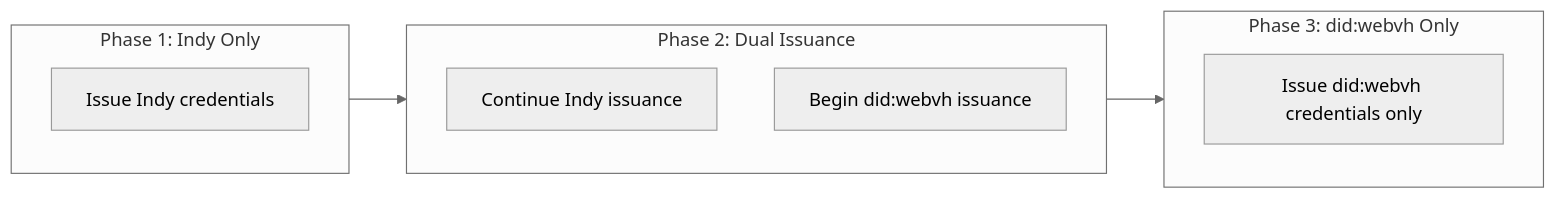
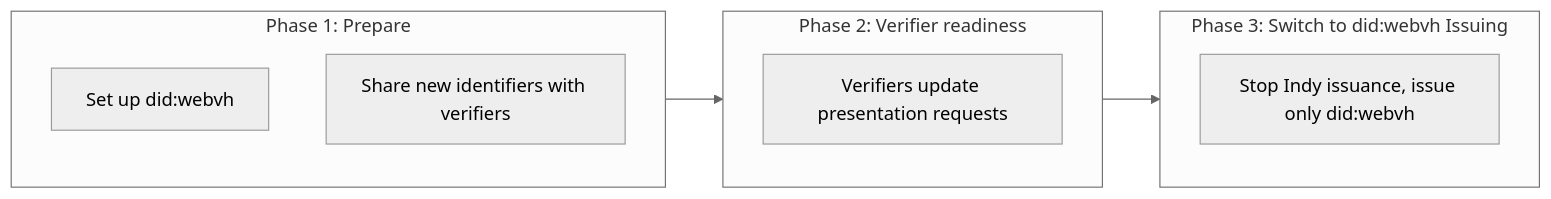
One commit to openwallet-foundation/acapy changed the diagram in docs/deploying/IndyToWebVHMigration.md. Above: the diagram before and after it, drawn with Mermaid (neutral theme). The commit also changed other lines of this file, not shown here.

Commit message:
docs: reframe Indy→webvh migration as planned cutover, add ecosystem assumption and ongoing Indy credential management

````diff
--- a/docs/deploying/IndyToWebVHMigration.md
+++ b/docs/deploying/IndyToWebVHMigration.md
@@ -106,14 +122,14 @@
 ```mermaid
 flowchart LR
-    subgraph phase1 ["Phase 1: Indy Only"]
-        IndyIssue["Issue Indy credentials"]
+    subgraph phase1 ["Phase 1: Prepare"]
+        Setup["Set up did:webvh"]
+        Share["Share new identifiers with verifiers"]
     end
-    subgraph phase2 ["Phase 2: Dual Issuance"]
-        IndyIssue2["Continue Indy issuance"]
-        WebVHIssue["Begin did:webvh issuance"]
+    subgraph phase2 ["Phase 2: Verifier readiness"]
+        Wait["Verifiers update presentation requests"]
     end
-    subgraph phase3 ["Phase 3: did:webvh Only"]
-        WebVHOnly["Issue did:webvh credentials only"]
+    subgraph phase3 ["Phase 3: Switch to did:webvh Issuing"]
+        Cutover["Stop Indy issuance, issue only did:webvh"]
     end
     phase1 --> phase2 --> phase3
 ```
````
